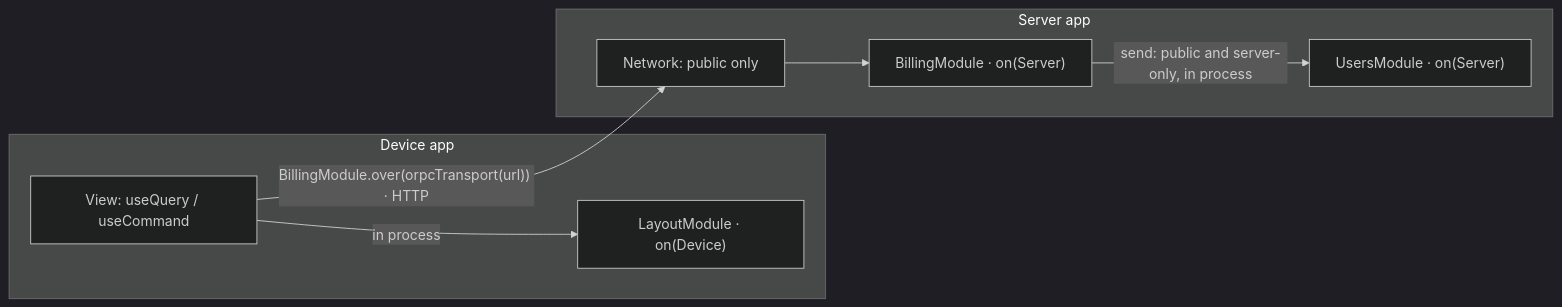
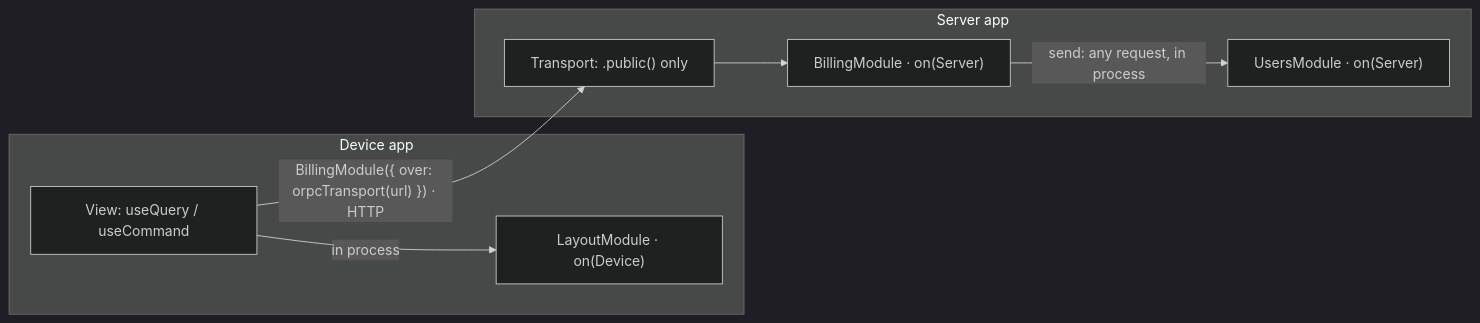
The second of 3 diagrams in docs/architecture/README.md (sumilabshq/sumi), drawn with Mermaid (dark theme) before and after one commit. The commit also changed other lines of this file and 8 other files, not shown here.

First line of the commit message:
docs(architecture): module api v2

````diff
--- a/docs/architecture/README.md
+++ b/docs/architecture/README.md
@@ -71,16 +71,16 @@
 ```mermaid
 flowchart LR
 	subgraph device["Device app"]
 		view["View: useQuery / useCommand"]
 		layout["LayoutModule · on(Device)"]
 	end
 	subgraph api["Server app"]
-		wire["Network: public only"]
+		wire["Transport: .public() only"]
 		billing["BillingModule · on(Server)"]
 		users["UsersModule · on(Server)"]
 	end
 	view -->|in process| layout
-	view -->|"BillingModule.over(orpcTransport(url)) · HTTP"| wire
+	view -->|"BillingModule({ over: orpcTransport(url) }) · HTTP"| wire
 	wire --> billing
-	billing -->|"send: public and server-only, in process"| users
+	billing -->|"send: any request, in process"| users
 ```
````
